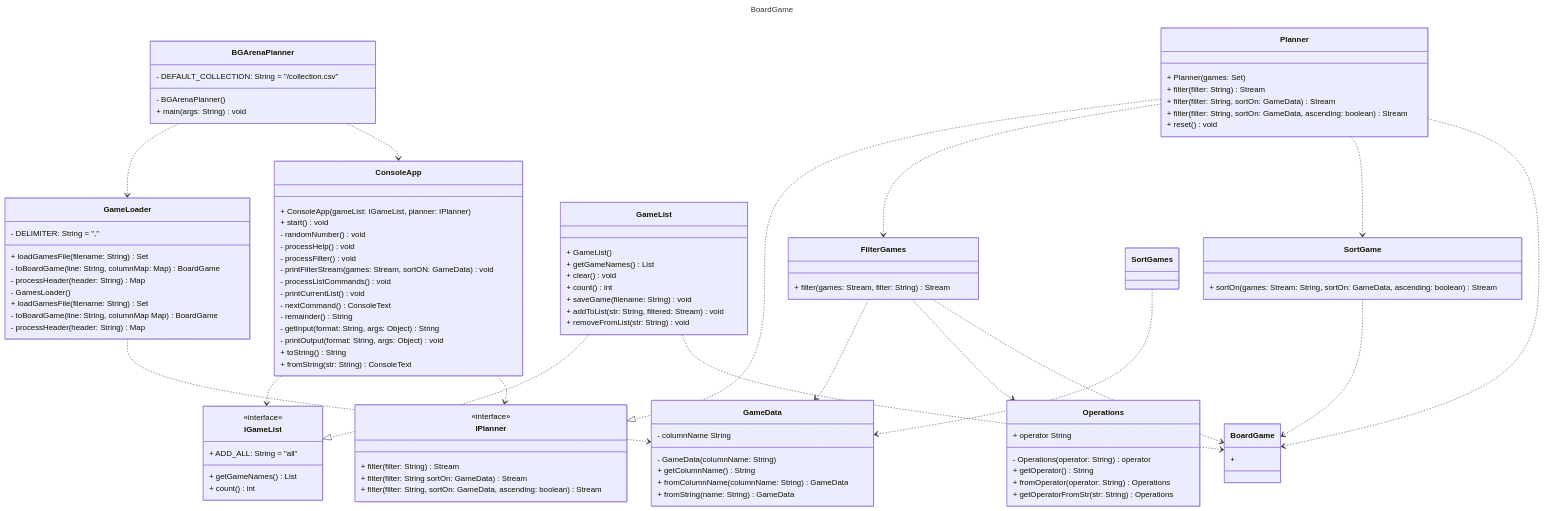
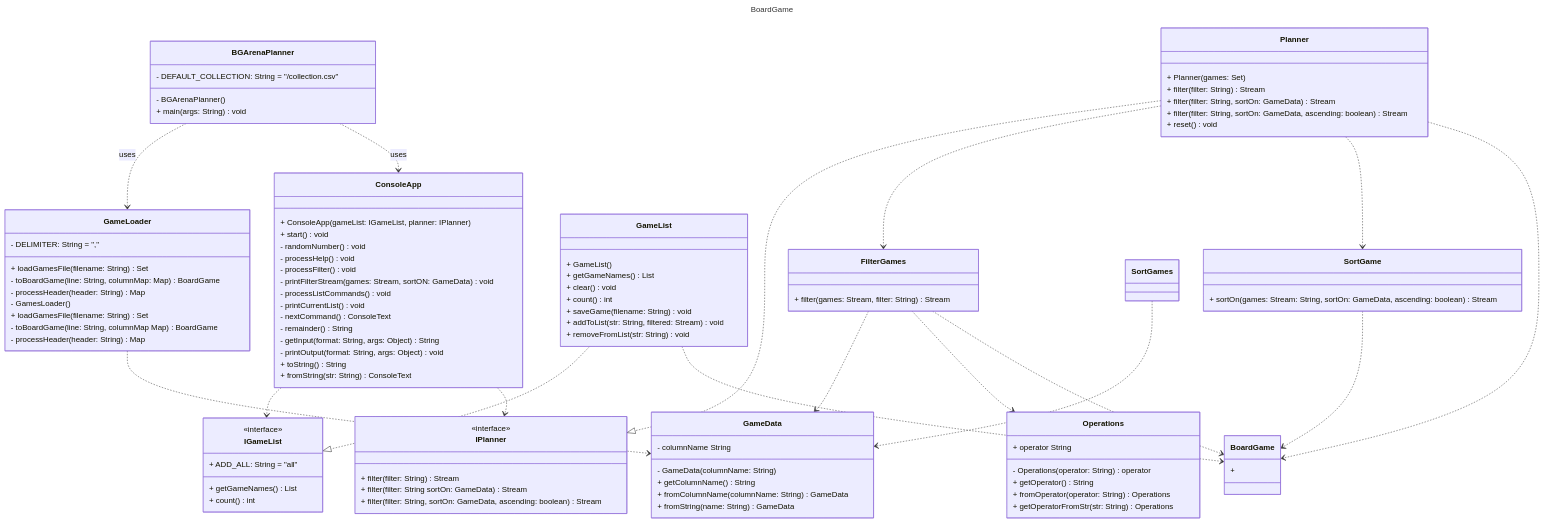
Before and after one commit to bourgeois-car-neu/CS5004-HW5-6: the third of 3 diagrams in DesignDocument.md, drawn with Mermaid. The commit also changed other lines of this file and 2 other files, not shown here.

```diff
--- a/DesignDocument.md
+++ b/DesignDocument.md
@@ -231,8 +231,8 @@
 ---
 classDiagram
     direction TB
-    BGArenaPlanner ..> GameLoader
-    BGArenaPlanner ..> ConsoleApp
+    BGArenaPlanner ..> GameLoader : uses
+    BGArenaPlanner ..> ConsoleApp : uses
     
     ConsoleApp ..> IGameList
     ConsoleApp ..> IPlanner
```
